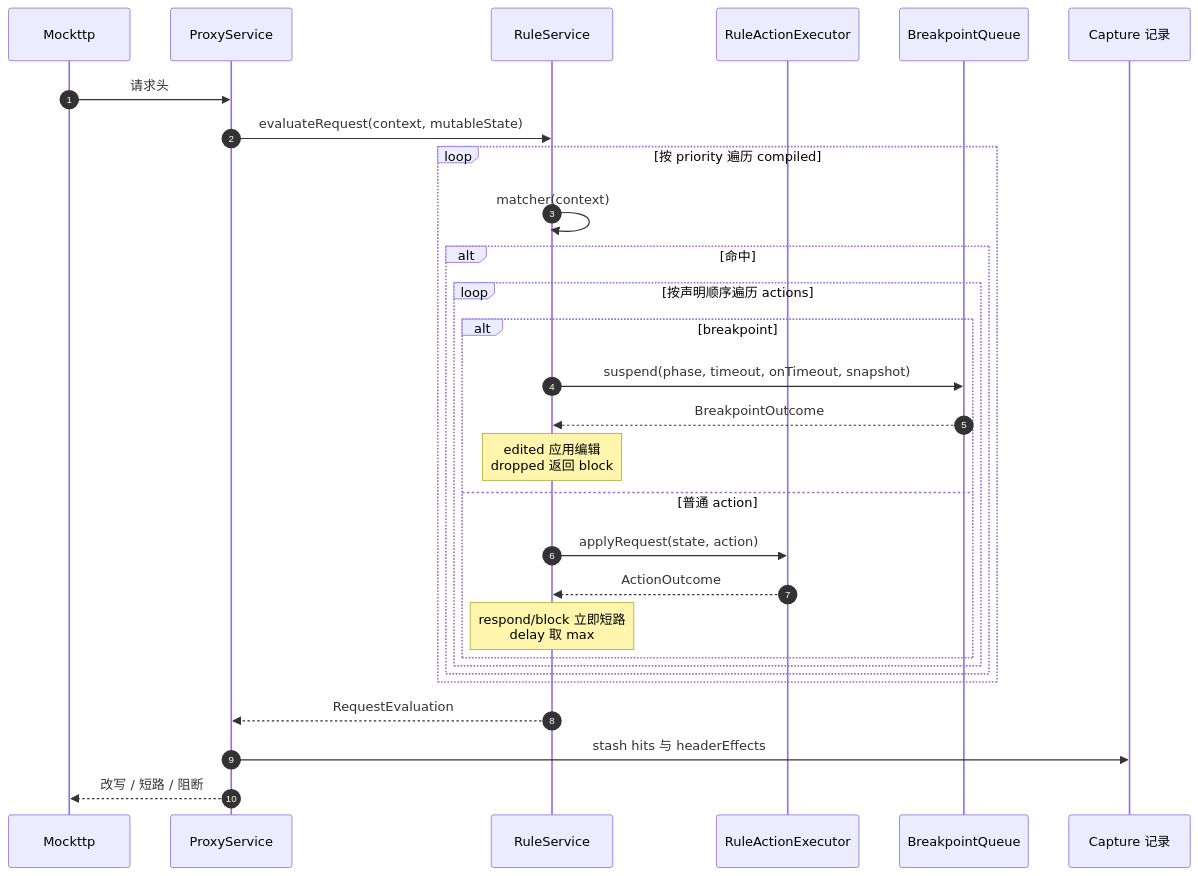
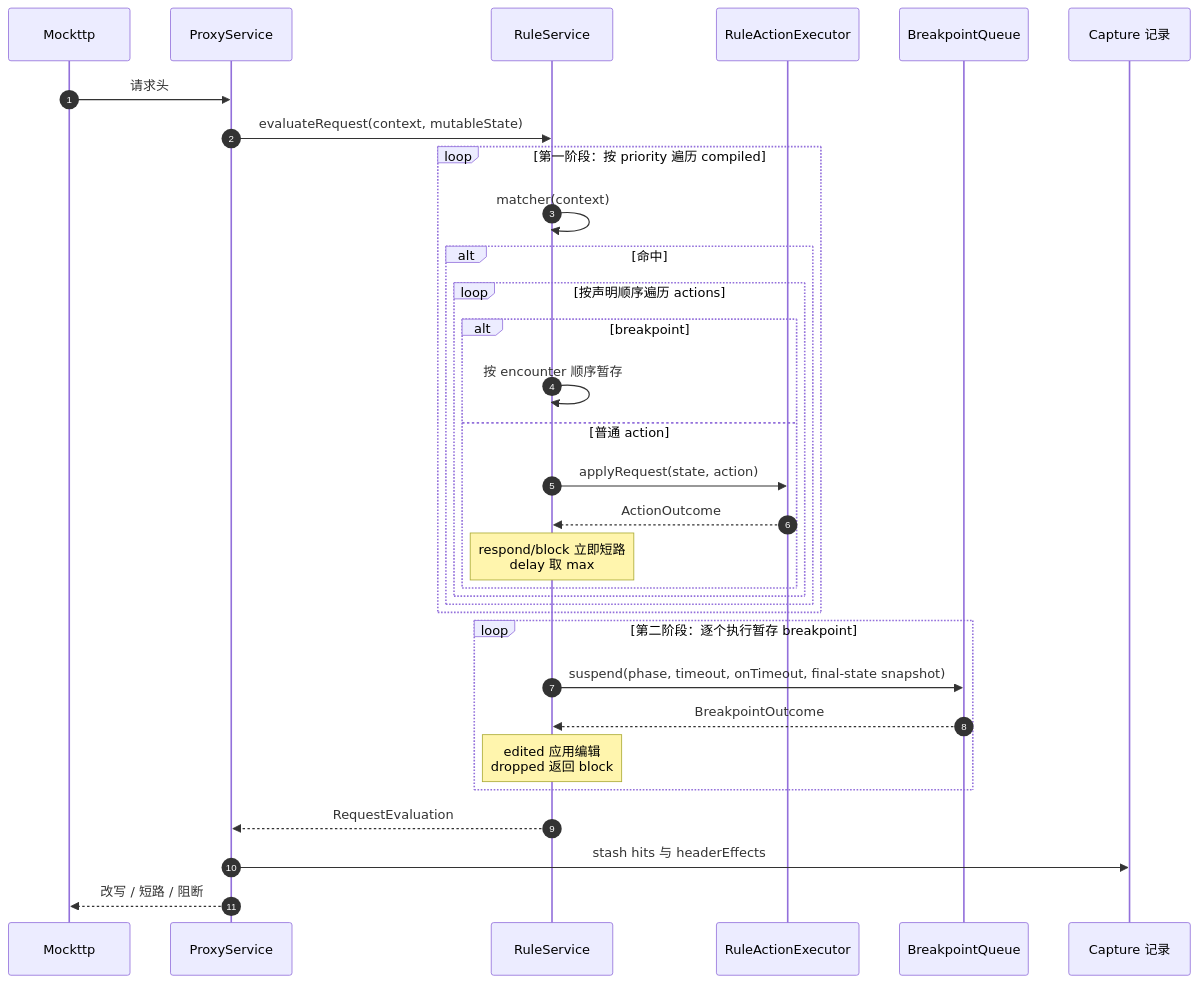
One commit to zhxmt-xm/Interceptor changed the second of 6 diagrams in architecture/features/rules.md. Above: the diagram before and after it, drawn with Mermaid. The commit also changed other lines of this file and 63 other files, not shown here.

````diff
--- a/architecture/features/rules.md
+++ b/architecture/features/rules.md
@@ -246,34 +253,38 @@
 ```mermaid
 sequenceDiagram
     autonumber
     participant Mockttp
     participant Proxy as ProxyService
     participant Engine as RuleService
     participant Exec as RuleActionExecutor
     participant BP as BreakpointQueue
     participant Capture as Capture 记录
 
     Mockttp->>Proxy: 请求头
     Proxy->>Engine: evaluateRequest(context, mutableState)
 
-    loop 按 priority 遍历 compiled
+    loop 第一阶段：按 priority 遍历 compiled
         Engine->>Engine: matcher(context)
         alt 命中
             loop 按声明顺序遍历 actions
                 alt breakpoint
-                    Engine->>BP: suspend(phase, timeout, onTimeout, snapshot)
-                    BP-->>Engine: BreakpointOutcome
-                    Note over Engine: edited 应用编辑<br/>dropped 返回 block
+                    Engine->>Engine: 按 encounter 顺序暂存
                 else 普通 action
                     Engine->>Exec: applyRequest(state, action)
                     Exec-->>Engine: ActionOutcome
                     Note over Engine: respond/block 立即短路<br/>delay 取 max
                 end
             end
         end
     end
 
+    loop 第二阶段：逐个执行暂存 breakpoint
+        Engine->>BP: suspend(phase, timeout, onTimeout, final-state snapshot)
+        BP-->>Engine: BreakpointOutcome
+        Note over Engine: edited 应用编辑<br/>dropped 返回 block
+    end
+
     Engine-->>Proxy: RequestEvaluation
     Proxy->>Capture: stash hits 与 headerEffects
     Proxy-->>Mockttp: 改写 / 短路 / 阻断
 ```
````
